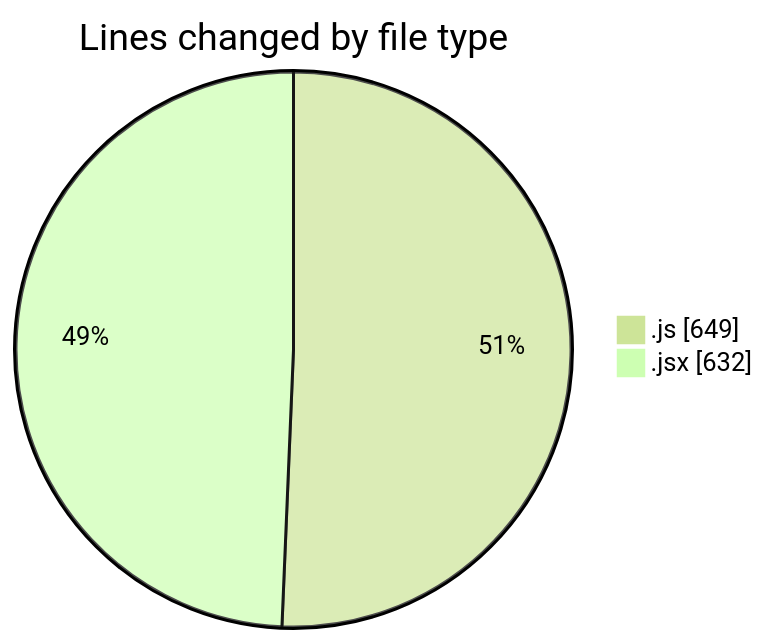
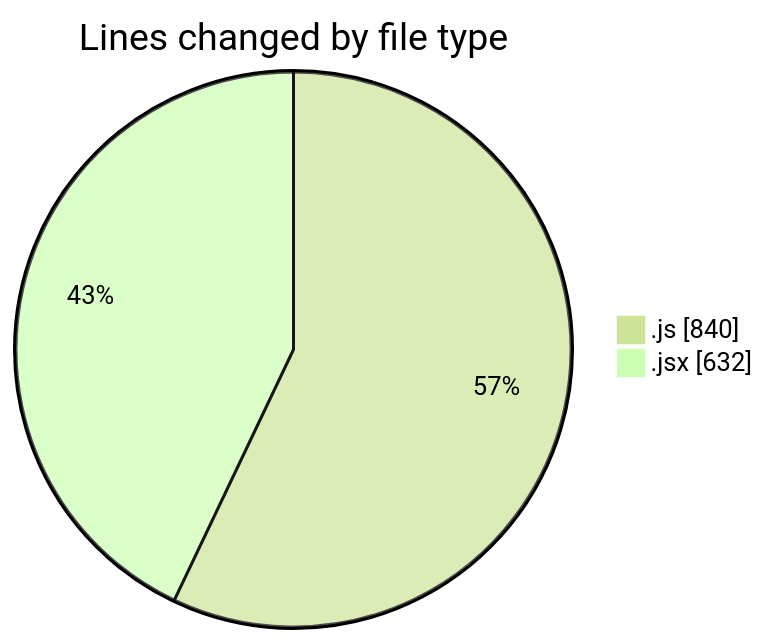
The first of 2 diagrams in 2026-01-15/nxtqube_webapp/README.md (nxtqubesakshisongat/code-tracking), drawn with Mermaid (forest theme) before and after one commit. The commit also changed other lines of this file and 1 other file, not shown here.

````diff
--- a/2026-01-15/nxtqube_webapp/README.md
+++ b/2026-01-15/nxtqube_webapp/README.md
@@ -21,6 +22,6 @@
 ```mermaid
 pie showData
 title Lines changed by file type
-".js" : 649
+".js" : 840
 ".jsx" : 632
 ```
````
